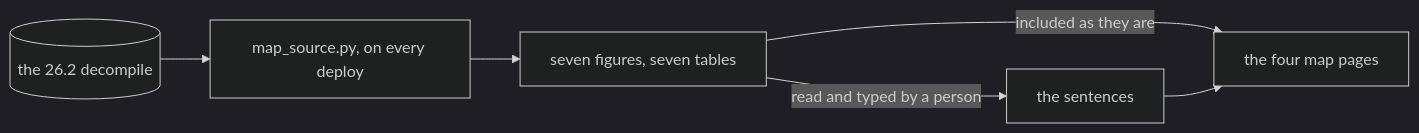
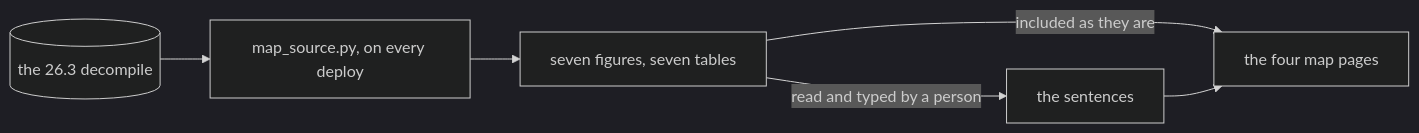
The diagram in src/maps/README.md (AlexanderjFraser/MinecraftDocs), drawn with Mermaid (dark theme) before and after one commit. The commit also changed other lines of this file and 155 other files, not shown here.

````diff
--- a/src/maps/README.md
+++ b/src/maps/README.md
@@ -24,6 +24,6 @@
 ```mermaid
 flowchart LR
-    D[("the 26.2 decompile")] --> T["map_source.py, on every deploy"] --> G["seven figures, seven tables"]
+    D[("the 26.3 decompile")] --> T["map_source.py, on every deploy"] --> G["seven figures, seven tables"]
     G -- "included as they are" --> P["the four map pages"]
     G -- "read and typed by a person" --> S["the sentences"] --> P
 ```
````
